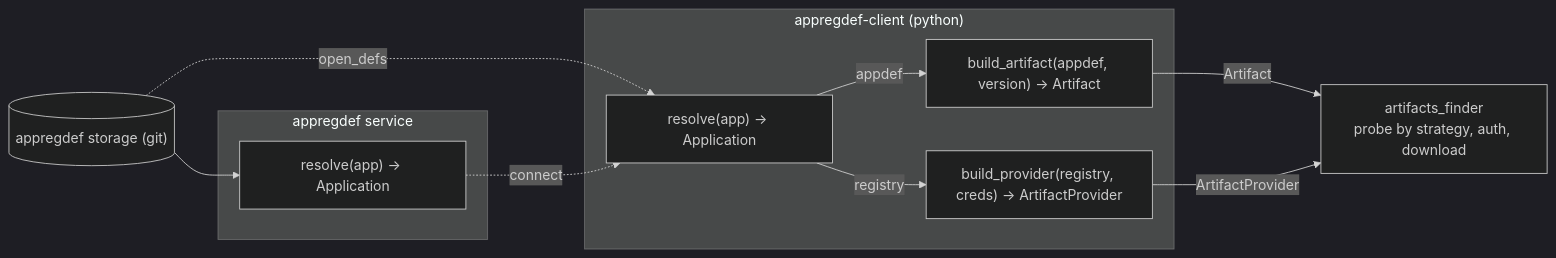
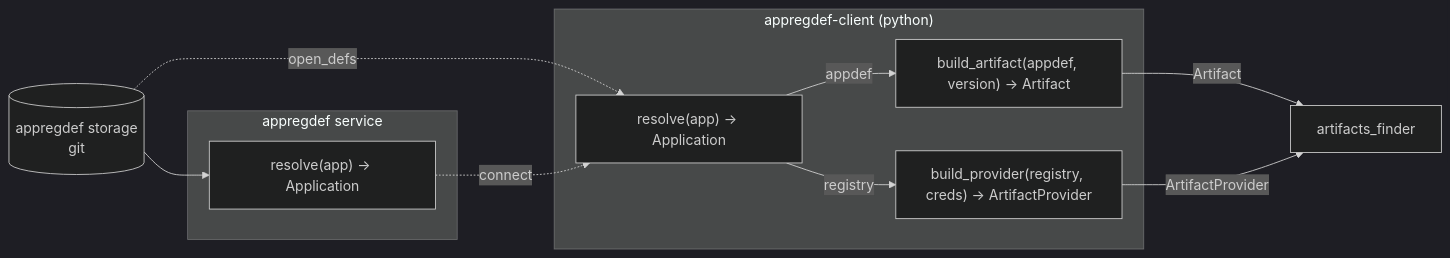
The diagram in docs/analysis/app-reg-def/library/interface-spec.md (Netcracker/qubership-envgene), drawn with Mermaid (dark theme) before and after one commit. The commit also changed other lines of this file and 6 other files, not shown here.

````diff
--- a/docs/analysis/app-reg-def/library/interface-spec.md
+++ b/docs/analysis/app-reg-def/library/interface-spec.md
@@ -51,20 +16,20 @@
 ```mermaid
 flowchart LR
-  repo[("appregdef storage (git)")]
+  repo[("appregdef storage<br/>git")]
   subgraph svc["appregdef service"]
     sr["resolve(app) -> Application"]
   end
   subgraph client["appregdef-client (python)"]
     cr["resolve(app) -> Application"]
     ba["build_artifact(appdef, version) -> Artifact"]
     bp["build_provider(registry, creds) -> ArtifactProvider"]
   end
-  af["artifacts_finder<br/>probe by strategy, auth, download"]
+  af["artifacts_finder"]
   repo --> sr
   repo -. "open_defs" .-> cr
   sr -. "connect" .-> cr
   cr -->|appdef| ba
   cr -->|registry| bp
   ba -->|Artifact| af
   bp -->|ArtifactProvider| af
 ```
````
